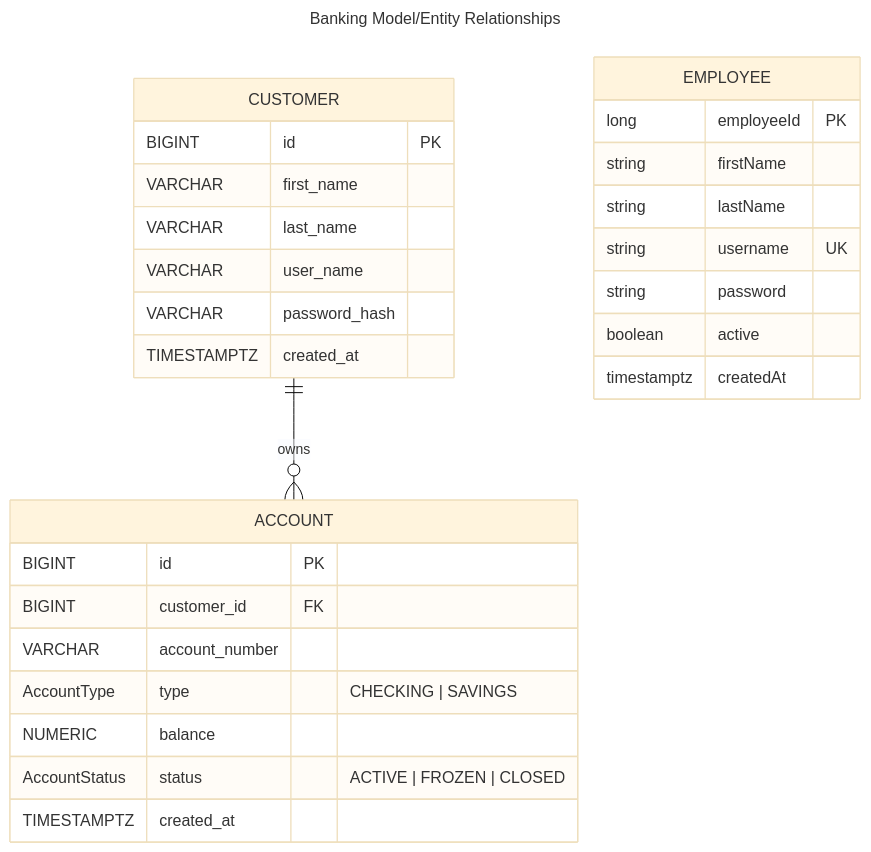
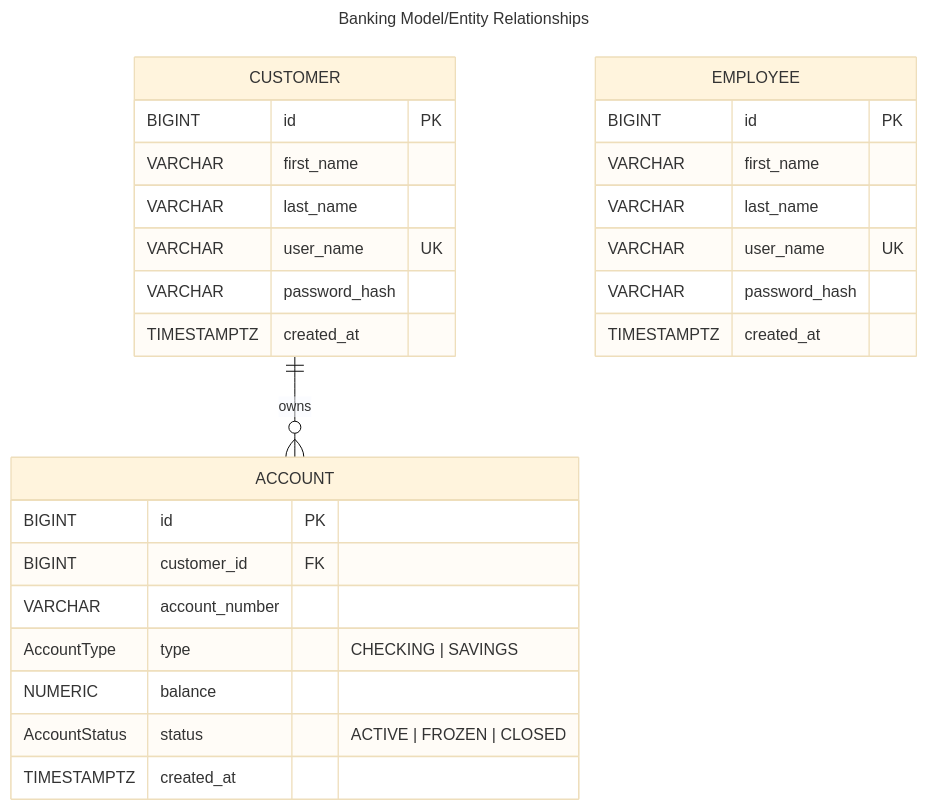
One commit to schectma/P1BankingApp changed the diagram in ERD.md. Above: the diagram before and after it, drawn with Mermaid (base theme).

Commit message:
data type conformance to schema

````diff
--- a/ERD.md
+++ b/ERD.md
@@ -1,34 +1,33 @@
 ```mermaid
 ---
 title: Banking Model/Entity Relationships
 ---
 erDiagram
     CUSTOMER ||--o{ ACCOUNT : owns
 
     CUSTOMER{
         BIGINT id PK
         VARCHAR first_name
         VARCHAR last_name
-        VARCHAR user_name
+        VARCHAR user_name UK
         VARCHAR password_hash 
         TIMESTAMPTZ created_at
     }
     ACCOUNT{
         BIGINT id PK
         BIGINT customer_id FK
         VARCHAR account_number
         AccountType type "CHECKING | SAVINGS"
         NUMERIC balance
         AccountStatus status "ACTIVE | FROZEN | CLOSED"
         TIMESTAMPTZ created_at
     }
     EMPLOYEE{
-        long employeeId PK
-        string firstName
-        string lastName
-        string username UK
-        string password
-        boolean active
-        timestamptz createdAt
+        BIGINT id PK
+        VARCHAR first_name
+        VARCHAR last_name
+        VARCHAR user_name UK
+        VARCHAR password_hash
+        TIMESTAMPTZ created_at
     }
 ```
````
